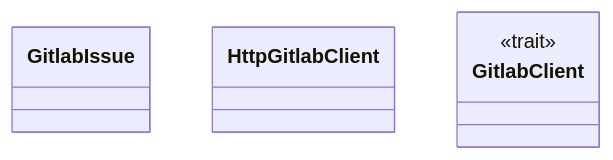
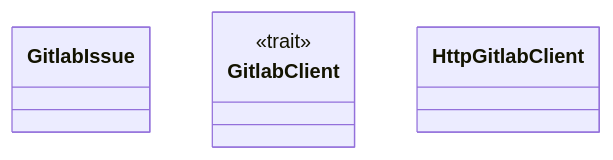
One commit to lgcorzo/rust_CACD_autonomous_factory changed the first of 2 diagrams in wiki/crates_factory-infrastructure_src_gitlab.md. Above: the diagram before and after it, drawn with Mermaid. The commit also changed other lines of this file and 58 other files, not shown here.

````diff
--- a/wiki/crates_factory-infrastructure_src_gitlab.md
+++ b/wiki/crates_factory-infrastructure_src_gitlab.md
@@ -16,8 +16,8 @@
 ```mermaid
 classDiagram
     class GitlabIssue
-    class HttpGitlabClient
     class GitlabClient {
         <<trait>>
     }
+    class HttpGitlabClient
 ```
````
